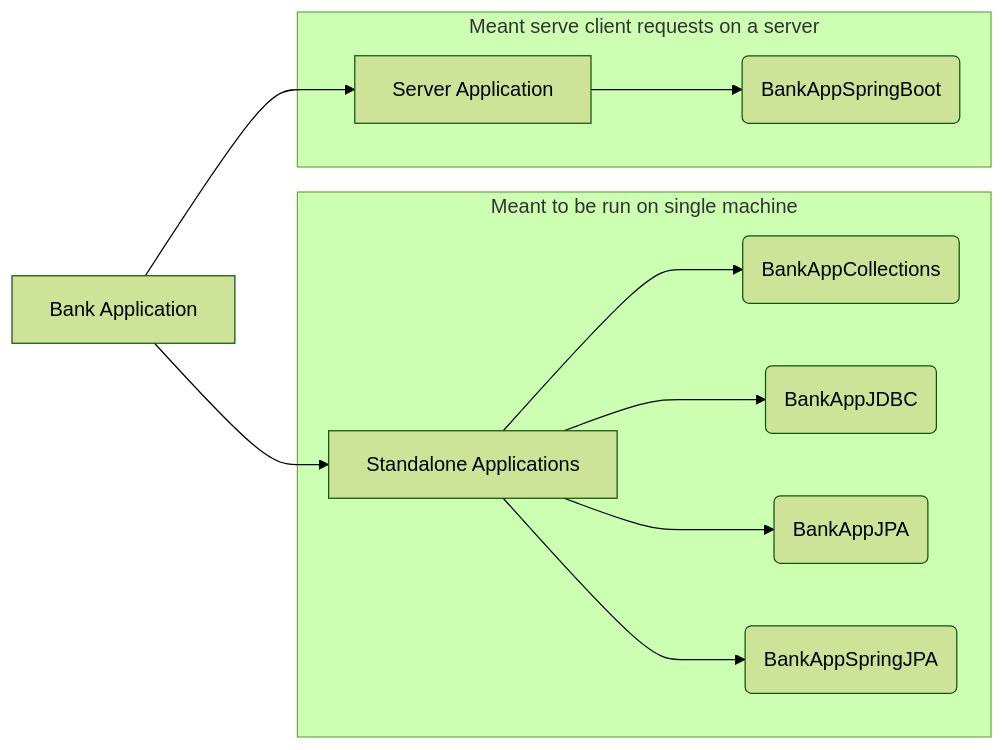
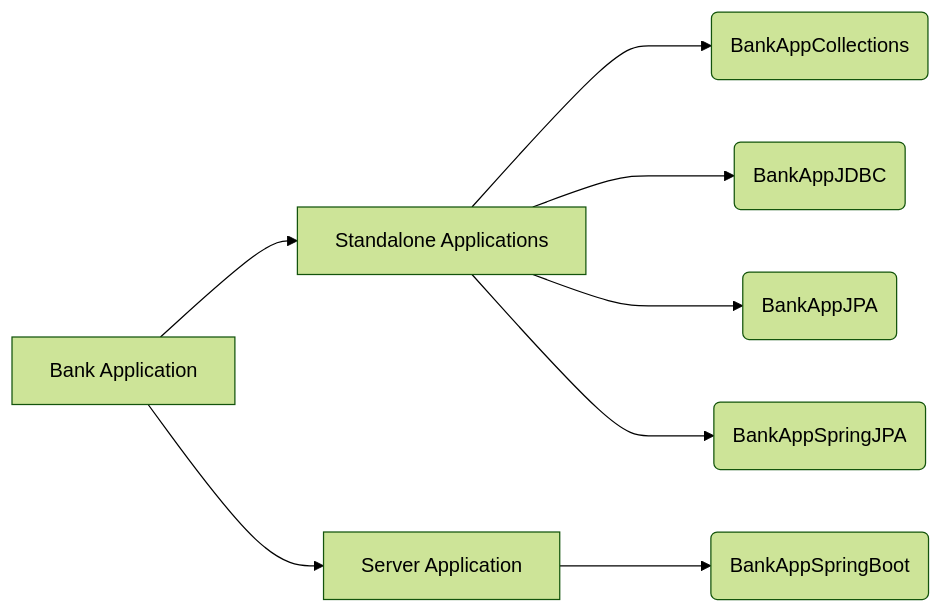
One commit to Bot-7037/Bank-Server-Application changed the diagram in README.md. Above: the diagram before and after it, drawn with Mermaid (forest theme). The commit also changed other lines of this file, not shown here.

````diff
--- a/README.md
+++ b/README.md
@@ -14,14 +14,10 @@
 ```mermaid
   graph LR;
     A[Bank Application]-->B[Standalone Applications]
     A-->C[Server Application]
-    subgraph Meant to be run on single machine
       B--->E(BankAppCollections)
       B--->F(BankAppJDBC)
       B--->G(BankAppJPA)
       B--->H(BankAppSpringJPA)
-    end
-    subgraph Meant serve client requests on a server
       C--->I(BankAppSpringBoot)
-    end
 ```
````
